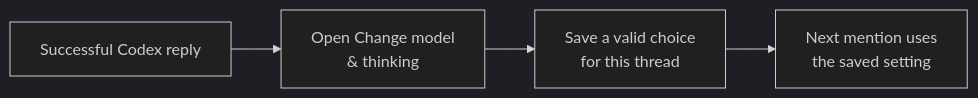
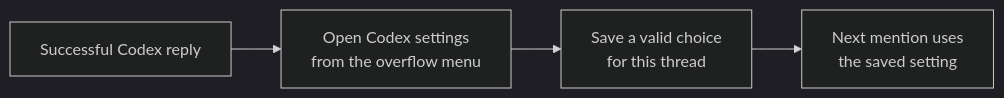
Before and after one commit to klovr-co/hover-tag: diagram 13 of 18 in docs/user-flows.md, drawn with Mermaid (dark theme). The commit also changed other lines of this file and 28 other files, not shown here.

````diff
--- a/docs/user-flows.md
+++ b/docs/user-flows.md
@@ -480,9 +484,9 @@
 ```mermaid
 flowchart LR
     Reply["Successful Codex reply"]
-    Choose["Open Change model<br/>& thinking"]
+    Choose["Open Codex settings<br/>from the overflow menu"]
     Save["Save a valid choice<br/>for this thread"]
     Next["Next mention uses<br/>the saved setting"]
 
     Reply --> Choose --> Save --> Next
 ```
````
